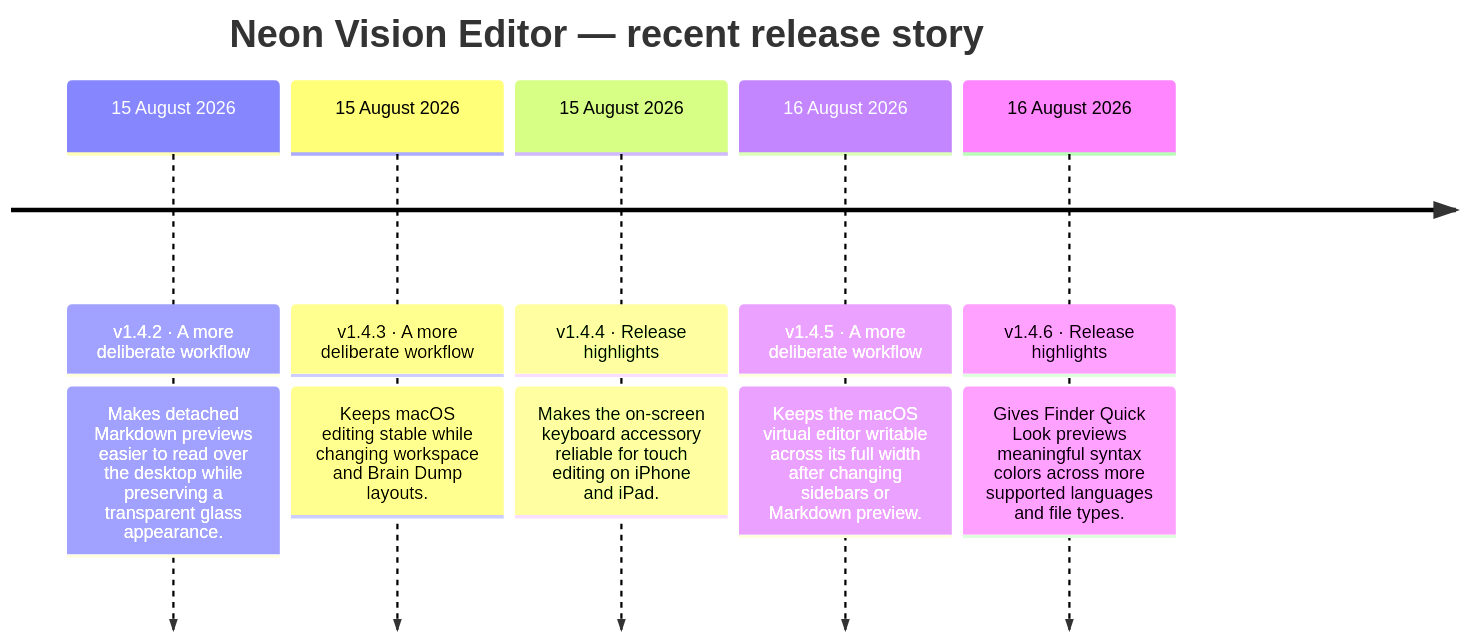
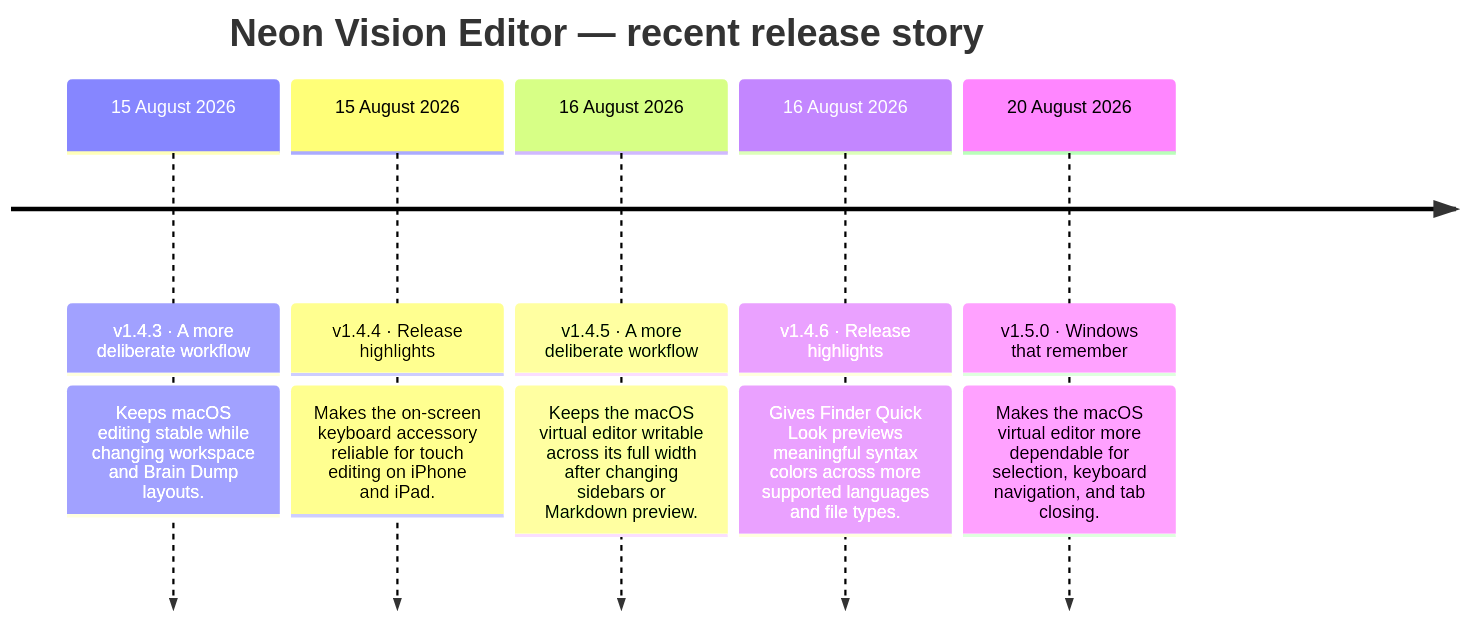
Before and after one commit to h3pdesign/Neon-Vision-Editor: the second of 2 diagrams in README.md, drawn with Mermaid. The commit also changed other lines of this file and 14 other files, not shown here.

````diff
--- a/README.md
+++ b/README.md
@@ -776,14 +767,14 @@
 ```mermaid
 timeline
     title Neon Vision Editor — recent release story
-    15 August 2026 : v1.4.2 · A more deliberate workflow
-                : Makes detached Markdown previews easier to read over the desktop while preserving a transparent glass appearance.
     15 August 2026 : v1.4.3 · A more deliberate workflow
                 : Keeps macOS editing stable while changing workspace and Brain Dump layouts.
     15 August 2026 : v1.4.4 · Release highlights
                 : Makes the on-screen keyboard accessory reliable for touch editing on iPhone and iPad.
     16 August 2026 : v1.4.5 · A more deliberate workflow
                 : Keeps the macOS virtual editor writable across its full width after changing sidebars or Markdown preview.
     16 August 2026 : v1.4.6 · Release highlights
                 : Gives Finder Quick Look previews meaningful syntax colors across more supported languages and file types.
+    20 August 2026 : v1.5.0 · Windows that remember
+                : Makes the macOS virtual editor more dependable for selection, keyboard navigation, and tab closing.
 ```
````
